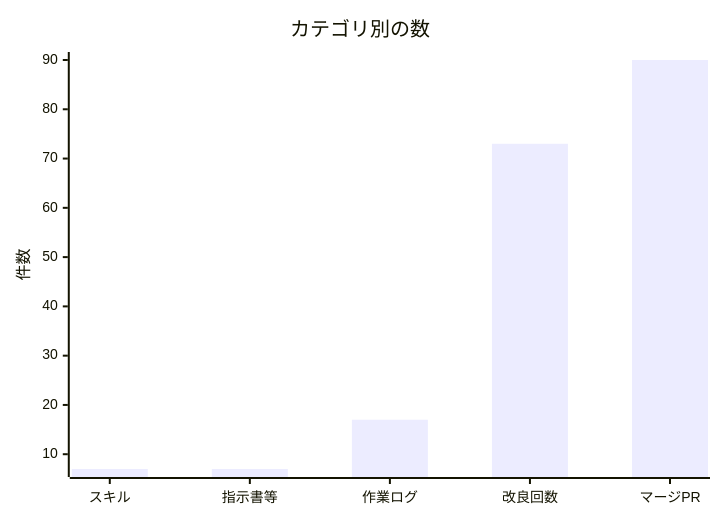
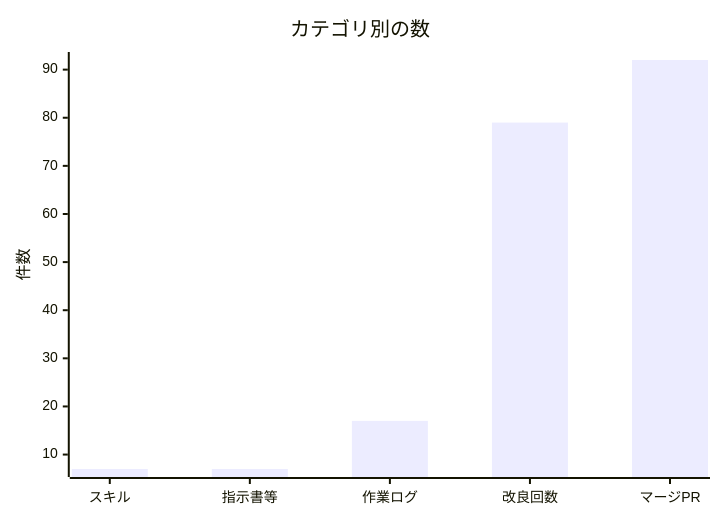
The second of 2 diagrams in docs/進化レポート.md (non-x2/non-x2), drawn with Mermaid before and after one commit. The commit also changed other lines of this file and 4 other files, not shown here.

````diff
--- a/docs/進化レポート.md
+++ b/docs/進化レポート.md
@@ -33,7 +33,7 @@
 ```mermaid
 xychart-beta
     title "カテゴリ別の数"
     x-axis ["スキル", "指示書等", "作業ログ", "改良回数", "マージPR"]
     y-axis "件数"
-    bar [7, 7, 17, 73, 90]
+    bar [7, 7, 17, 79, 92]
 ```
````
